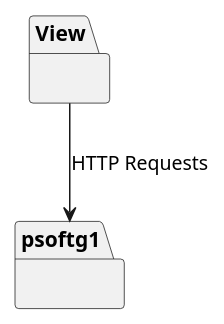
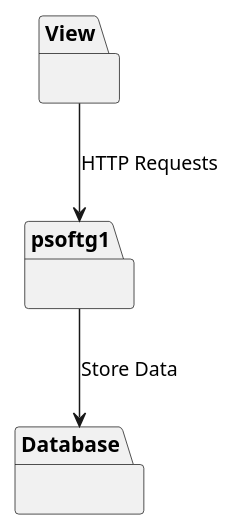
Before and after one commit to GuilhermeCunha79/LMS_MicroserviceArchitecture: the diagram in psoft-project-2024-g1/Docs/GlobalArtifacts/Documentation/NV1/Logical View/LogicalDiagramN1.puml, drawn with PlantUML. The commit also changed 2 other files, not shown here.

Commit message:
Add Database in Logical View

```diff
--- a/psoft-project-2024-g1/Docs/GlobalArtifacts/Documentation/NV1/Logical View/LogicalDiagramN1.puml
+++ b/psoft-project-2024-g1/Docs/GlobalArtifacts/Documentation/NV1/Logical View/LogicalDiagramN1.puml
@@ -1,12 +1,14 @@
 @startuml
 
 package View {
 }
 
 package psoftg1 {
+}
 
+package Database {
 }
 
 View --> psoftg1 : HTTP Requests
-
+psoftg1 --> Database : Store Data
 @enduml
```
